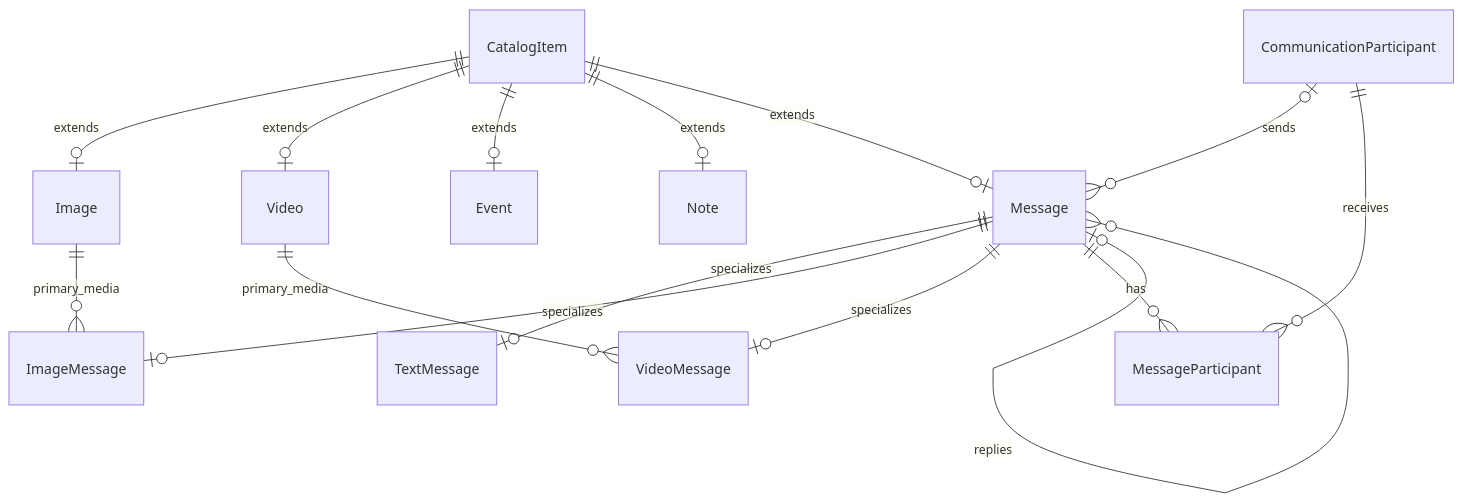
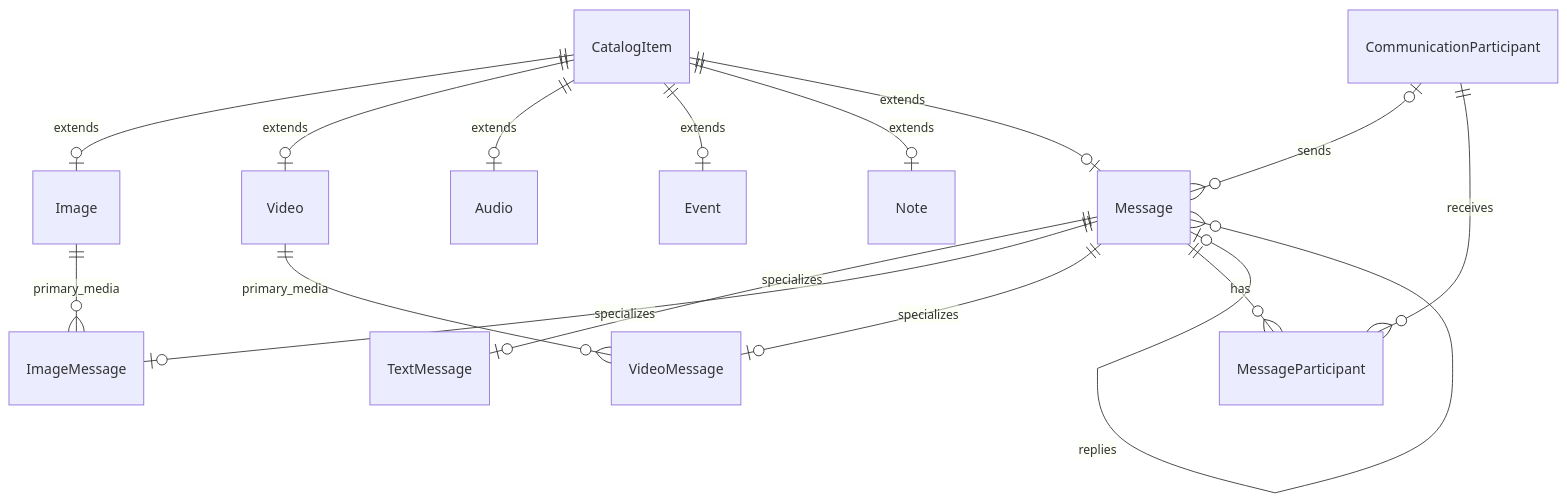
One commit to aaronspindler/pandect changed the diagram in docs/catalog-domain.md. Above: the diagram before and after it, drawn with Mermaid. The commit also changed other lines of this file and 134 other files, not shown here.

````diff
--- a/docs/catalog-domain.md
+++ b/docs/catalog-domain.md
@@ -10,17 +10,18 @@
 ```mermaid
 erDiagram
     CatalogItem ||--o| Image : extends
     CatalogItem ||--o| Video : extends
+    CatalogItem ||--o| Audio : extends
     CatalogItem ||--o| Event : extends
     CatalogItem ||--o| Note : extends
     CatalogItem ||--o| Message : extends
     Message ||--o| TextMessage : specializes
     Message ||--o| ImageMessage : specializes
     Message ||--o| VideoMessage : specializes
     CommunicationParticipant o|--o{ Message : sends
     Message ||--o{ MessageParticipant : has
     CommunicationParticipant ||--o{ MessageParticipant : receives
     Message o|--o{ Message : replies
     Image ||--o{ ImageMessage : primary_media
     Video ||--o{ VideoMessage : primary_media
 ```
````
